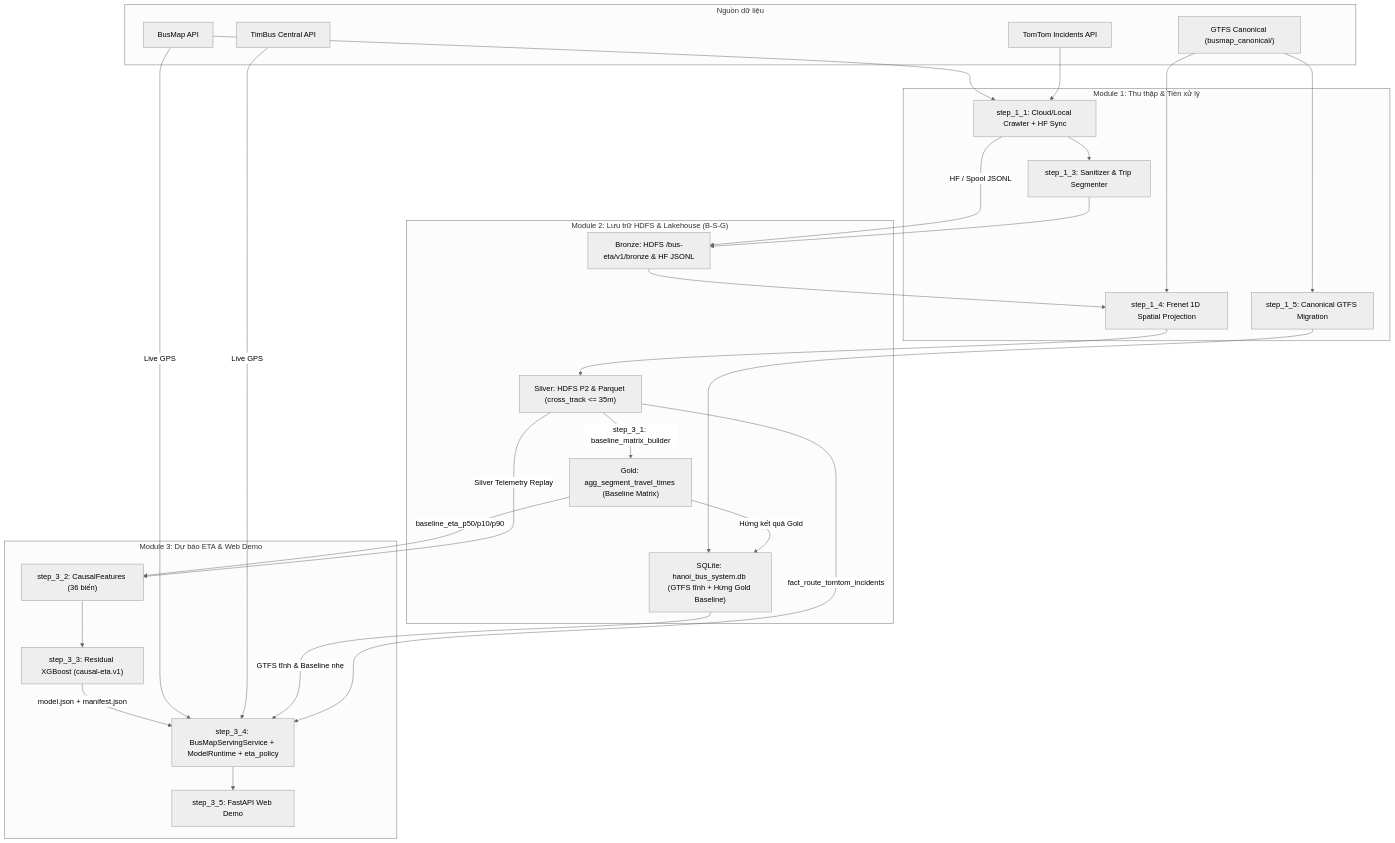
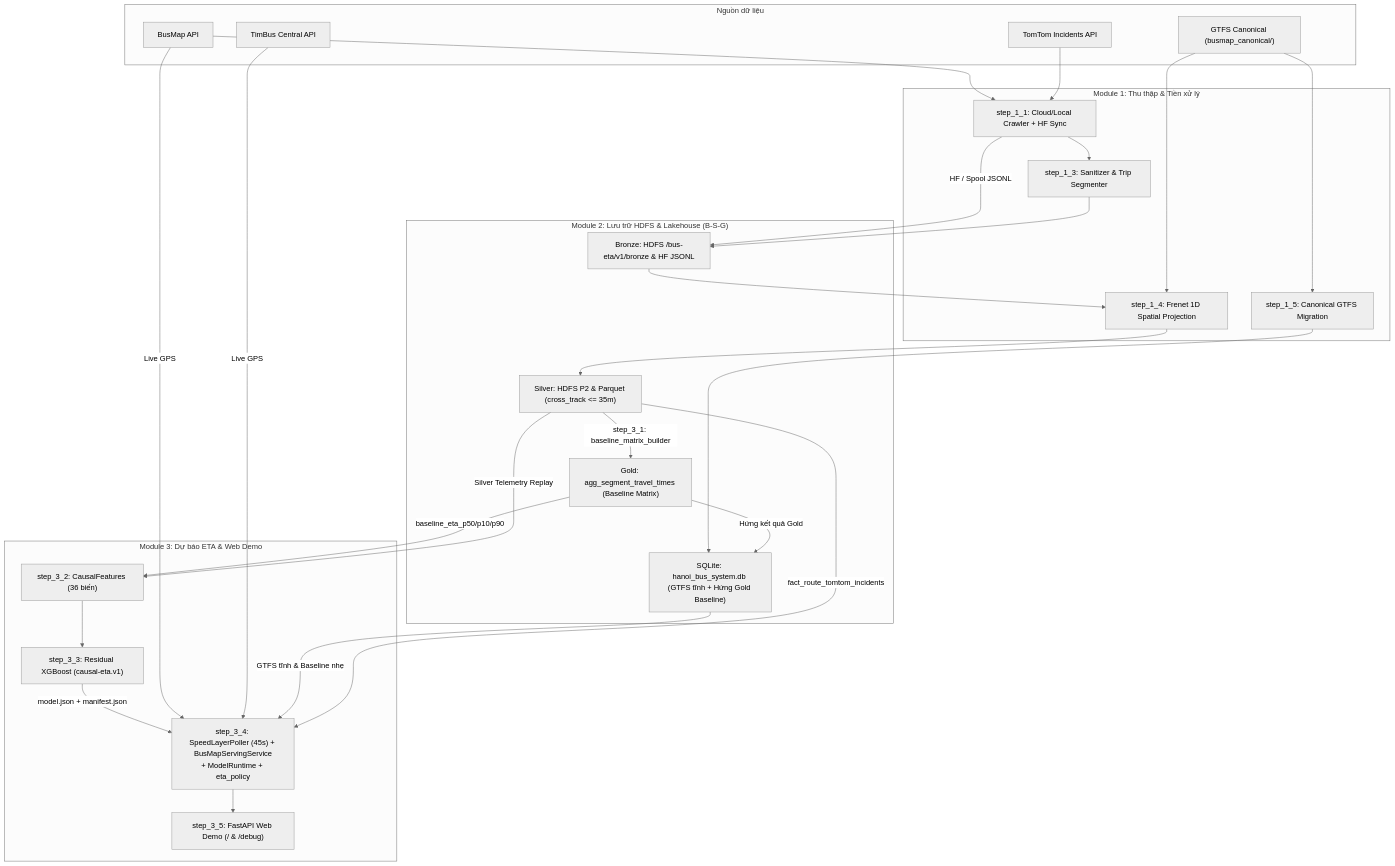
The diagram in README.md (toibinguz/Bus_tracking), drawn with Mermaid (neutral theme) before and after one commit. The commit also changed other lines of this file, not shown here.

Commit message:
docs(readme): align lambda layer naming and overview diagram

````diff
--- a/README.md
+++ b/README.md
@@ -9,44 +9,44 @@
 ```mermaid
 flowchart TD
     subgraph SRC["Nguồn dữ liệu"]
         BM["BusMap API"]
         TB["TimBus Central API"]
         TT["TomTom Incidents API"]
         GTFS["GTFS Canonical (busmap_canonical/)"]
     end
 
     subgraph M1["Module 1: Thu thập & Tiền xử lý"]
         CRAWL["step_1_1: Cloud/Local Crawler + HF Sync"]
         SAN["step_1_3: Sanitizer & Trip Segmenter"]
         PROJ["step_1_4: Frenet 1D Spatial Projection"]
         MIG["step_1_5: Canonical GTFS Migration"]
     end
 
     subgraph M2["Module 2: Lưu trữ HDFS & Lakehouse (B-S-G)"]
         BR["Bronze: HDFS /bus-eta/v1/bronze & HF JSONL"]
         SIL["Silver: HDFS P2 & Parquet (cross_track <= 35m)"]
         GOLD["Gold: agg_segment_travel_times (Baseline Matrix)"]
         SQL["SQLite: hanoi_bus_system.db (GTFS tĩnh + Hứng Gold Baseline)"]
     end
 
     subgraph M3["Module 3: Dự báo ETA & Web Demo"]
         CF["step_3_2: CausalFeatures (36 biến)"]
         TRAIN["step_3_3: Residual XGBoost (causal-eta.v1)"]
-        SERVE["step_3_4: BusMapServingService + ModelRuntime + eta_policy"]
-        WEB["step_3_5: FastAPI Web Demo"]
+        SERVE["step_3_4: SpeedLayerPoller (45s) + BusMapServingService\n+ ModelRuntime + eta_policy"]
+        WEB["step_3_5: FastAPI Web Demo (/ & /debug)"]
     end
 
     BM & TT --> CRAWL -->|"HF / Spool JSONL"| BR --> PROJ --> SIL
     CRAWL --> SAN --> BR
     GTFS --> MIG --> SQL
     GTFS --> PROJ
     SIL -->|"step_3_1: baseline_matrix_builder"| GOLD
     GOLD -->|"Hứng kết quả Gold"| SQL
     GOLD -->|"baseline_eta_p50/p10/p90"| CF
     SIL -->|"Silver Telemetry Replay"| CF
     CF --> TRAIN -->|"model.json + manifest.json"| SERVE
     BM & TB -->|"Live GPS"| SERVE
     SQL -->|"GTFS tĩnh & Baseline nhẹ"| SERVE
     SIL -->|"fact_route_tomtom_incidents"| SERVE
     SERVE --> WEB
 ```
````
